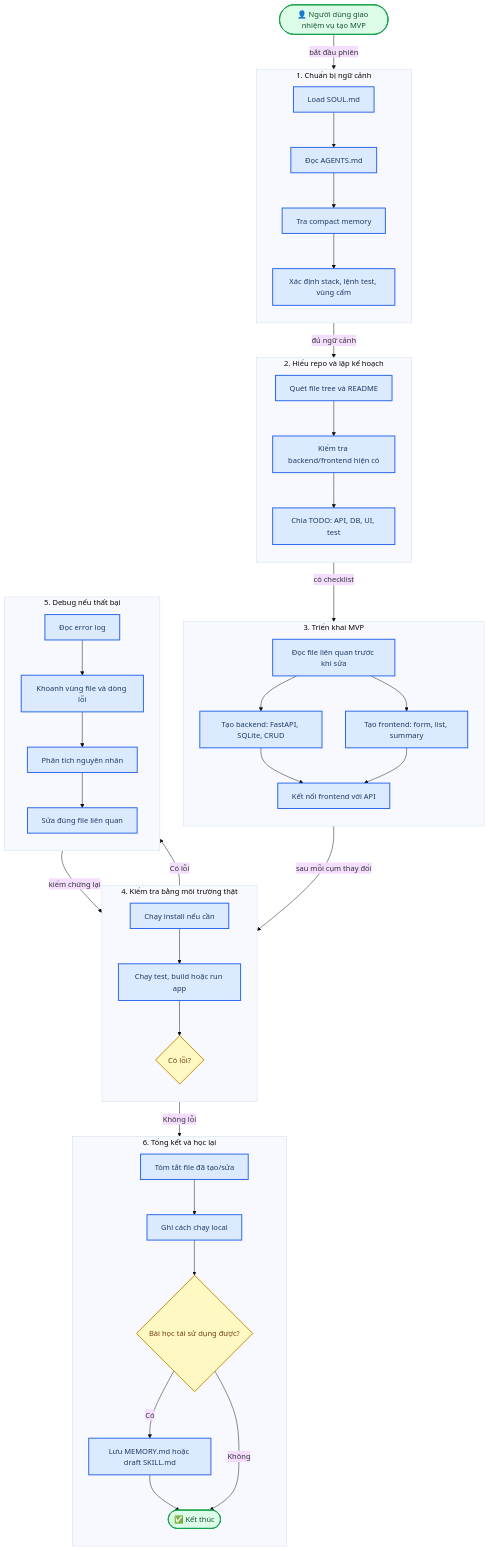
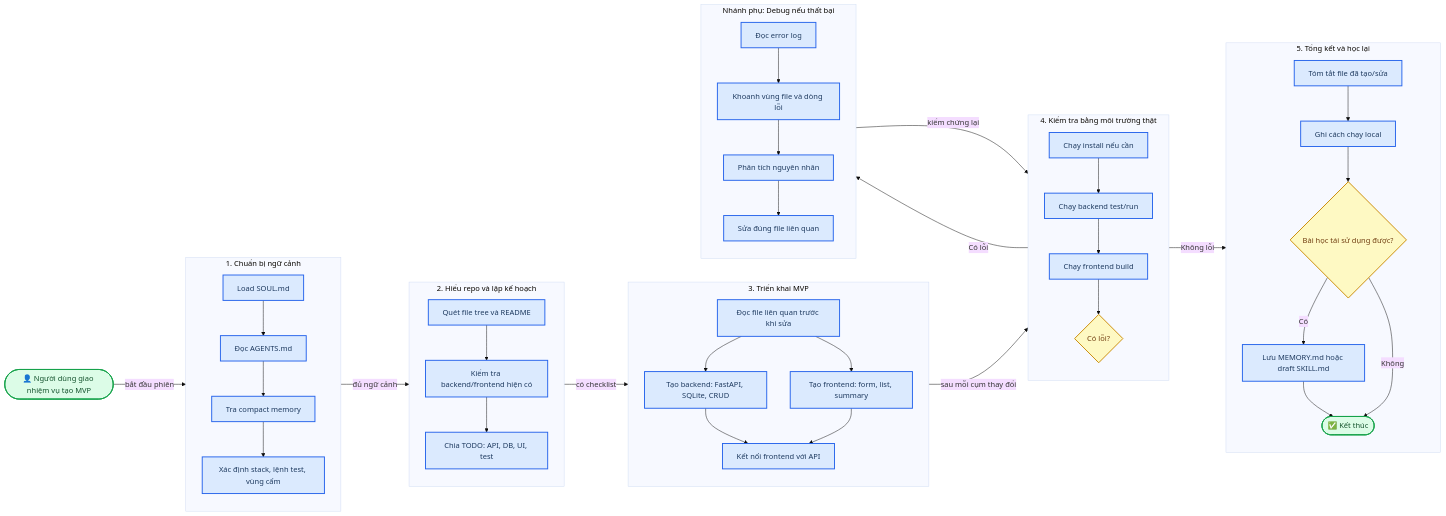
One commit to lamvu-ha/Hermes_From-theory-to-practice changed the eighth of 9 diagrams in README.md. Above: the diagram before and after it, drawn with Mermaid (base theme). The commit also changed other lines of this file, not shown here.

Commit message:
Reorder MVP workflow for readability

````diff
--- a/README.md
+++ b/README.md
@@ -551,81 +551,82 @@
 ```mermaid
-flowchart TD
+flowchart LR
     accTitle: Hermes Coding Workflow
     accDescr: Flow showing large workflow stages and the smaller execution steps inside each stage
 
     task([👤 Người dùng giao nhiệm vụ tạo MVP])
 
     subgraph context["1. Chuẩn bị ngữ cảnh"]
         direction TB
         c1[Load SOUL.md]
         c2[Đọc AGENTS.md]
         c3[Tra compact memory]
         c4[Xác định stack, lệnh test, vùng cấm]
         c1 --> c2 --> c3 --> c4
     end
 
     subgraph repo["2. Hiểu repo và lập kế hoạch"]
         direction TB
         r1[Quét file tree và README]
         r2[Kiểm tra backend/frontend hiện có]
         r3[Chia TODO: API, DB, UI, test]
         r1 --> r2 --> r3
     end
 
     subgraph build["3. Triển khai MVP"]
         direction TB
         b1[Đọc file liên quan trước khi sửa]
         b2[Tạo backend: FastAPI, SQLite, CRUD]
         b3[Tạo frontend: form, list, summary]
         b4[Kết nối frontend với API]
         b1 --> b2 --> b4
         b1 --> b3 --> b4
     end
 
     subgraph verify["4. Kiểm tra bằng môi trường thật"]
         direction TB
         v1[Chạy install nếu cần]
-        v2[Chạy test, build hoặc run app]
-        v3{Có lỗi?}
-        v1 --> v2 --> v3
+        v2[Chạy backend test/run]
+        v3[Chạy frontend build]
+        v4{Có lỗi?}
+        v1 --> v2 --> v3 --> v4
     end
 
-    subgraph debug["5. Debug nếu thất bại"]
-        direction TB
-        d1[Đọc error log]
-        d2[Khoanh vùng file và dòng lỗi]
-        d3[Phân tích nguyên nhân]
-        d4[Sửa đúng file liên quan]
-        d1 --> d2 --> d3 --> d4
-    end
-
-    subgraph learn["6. Tổng kết và học lại"]
+    subgraph learn["5. Tổng kết và học lại"]
         direction TB
         l1[Tóm tắt file đã tạo/sửa]
         l2[Ghi cách chạy local]
         l3{Bài học tái sử dụng được?}
         l4[Lưu MEMORY.md hoặc draft SKILL.md]
         l5([✅ Kết thúc])
         l1 --> l2 --> l3
         l3 -->|Có| l4
         l4 --> l5
         l3 -->|Không| l5
     end
 
+    subgraph debug["Nhánh phụ: Debug nếu thất bại"]
+        direction TB
+        d1[Đọc error log]
+        d2[Khoanh vùng file và dòng lỗi]
+        d3[Phân tích nguyên nhân]
+        d4[Sửa đúng file liên quan]
+        d1 --> d2 --> d3 --> d4
+    end
+
     task -->|bắt đầu phiên| c1
     c4 -->|đủ ngữ cảnh| r1
     r3 -->|có checklist| b1
     b4 -->|sau mỗi cụm thay đổi| v1
-    v3 -->|Có lỗi| d1
+    v4 -->|Không lỗi| l1
+    v4 -->|Có lỗi| d1
     d4 -->|kiểm chứng lại| v2
-    v3 -->|Không lỗi| l1
 
     classDef decision fill:#fef9c3,stroke:#ca8a04,stroke-width:2px,color:#713f12
     classDef process fill:#dbeafe,stroke:#2563eb,stroke-width:2px,color:#1e3a5f
     classDef success fill:#dcfce7,stroke:#16a34a,stroke-width:2px,color:#14532d
     classDef stage fill:#f8fafc,stroke:#64748b,stroke-width:2px,color:#0f172a
 
-    class v3,l3 decision
-    class c1,c2,c3,c4,r1,r2,r3,b1,b2,b3,b4,v1,v2,d1,d2,d3,d4,l1,l2,l4 process
+    class v4,l3 decision
+    class c1,c2,c3,c4,r1,r2,r3,b1,b2,b3,b4,v1,v2,v3,d1,d2,d3,d4,l1,l2,l4 process
     class task,l5 success
 ```
````
